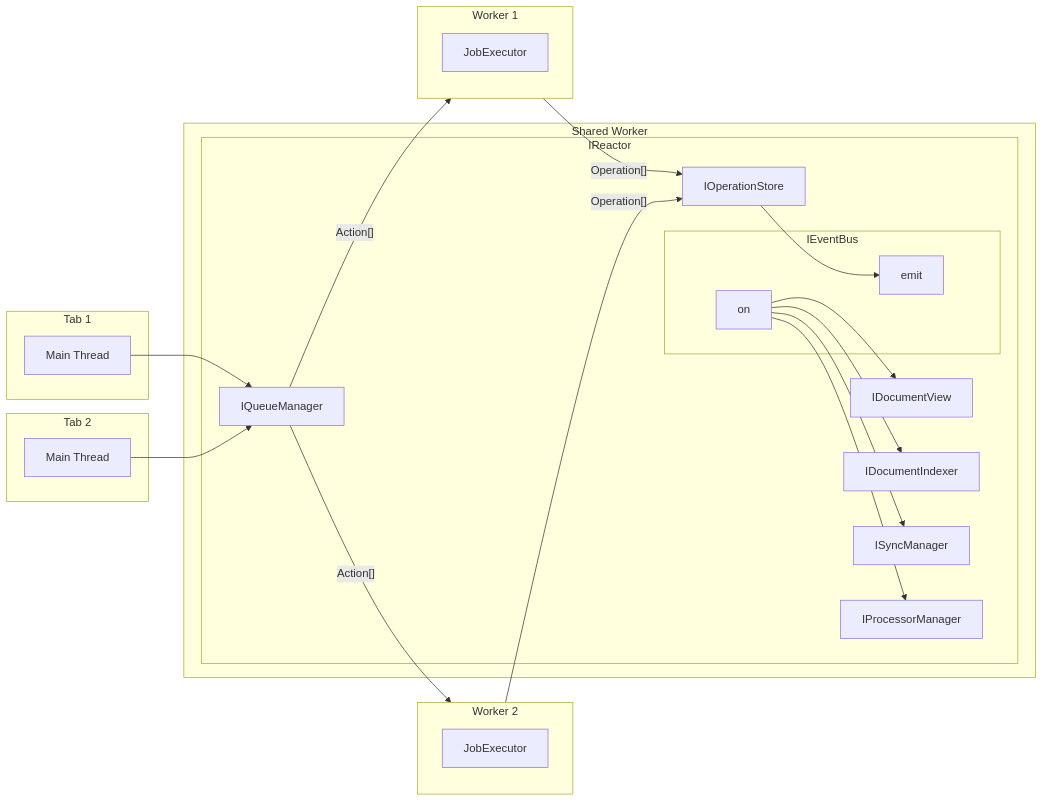
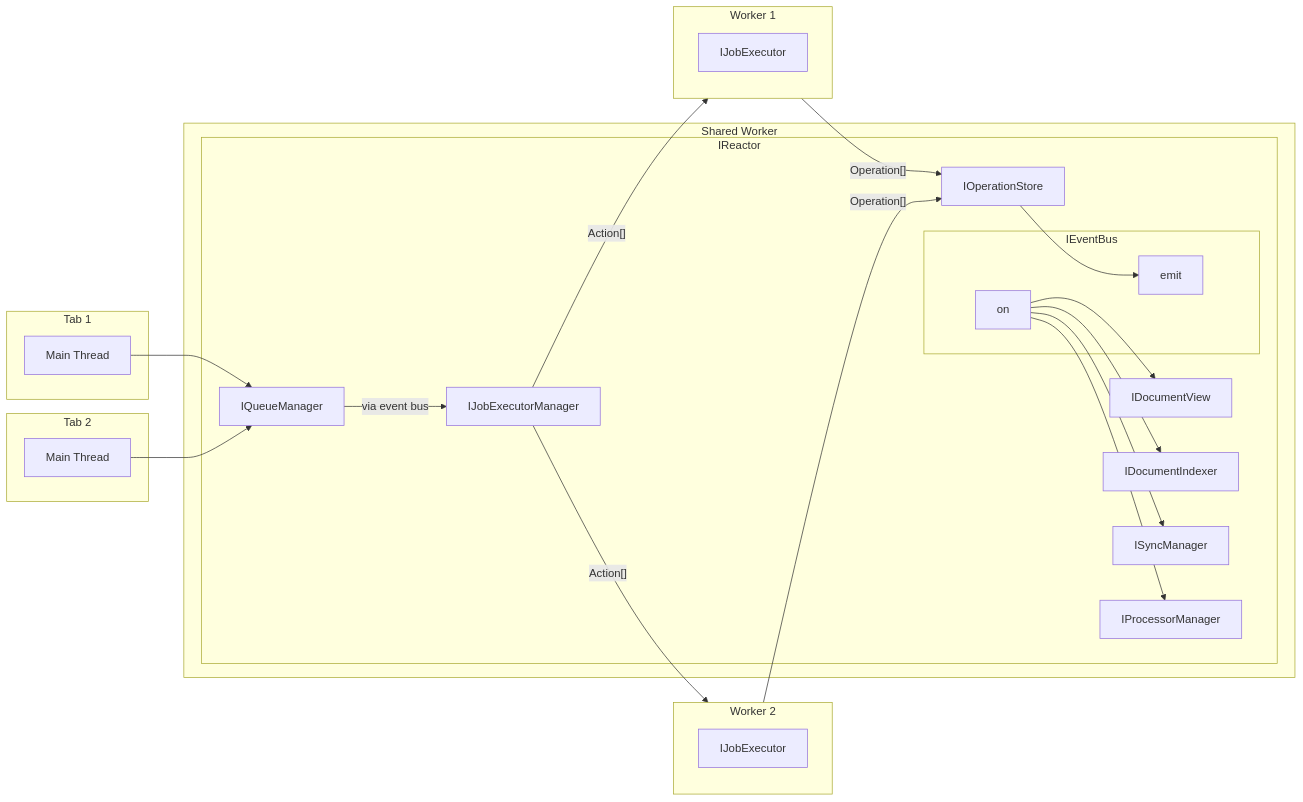
One commit to powerhouse-inc/powerhouse changed the first of 4 diagrams in packages/reactor/docs/planning/Jobs/index.md. Above: the diagram before and after it, drawn with Mermaid. The commit also changed other lines of this file and 1 other file, not shown here.

Commit message:
chore: clean up job execution interfaces

````diff
--- a/packages/reactor/docs/planning/Jobs/index.md
+++ b/packages/reactor/docs/planning/Jobs/index.md
@@ -20,50 +21,52 @@
 ```mermaid
 graph LR
 
   subgraph Tab 1
     MT1["Main Thread"]
   end
 
   subgraph Tab 2
     MT2["Main Thread"]
   end
 
   subgraph Shared Worker
     subgraph IReactor
       IQueueManager
+      IJobExecutorManager
       IOperationStore
       IDocumentView
       IDocumentIndexer
 
+      IQueueManager -->|"via event bus"| IJobExecutorManager
       IOperationStore --> emit
       
       subgraph IEventBus
         emit
         on
       end
 
       on --> IDocumentView
       on --> IDocumentIndexer
       on --> ISyncManager
       on --> IProcessorManager
   
     end
   end
 
   subgraph W1["Worker 1"]
-    J1["JobExecutor"]
+    J1["IJobExecutor"]
   end
 
   subgraph W2["Worker 2"]
-    J2["JobExecutor"]
+    J2["IJobExecutor"]
   end
 
   MT1 --> IQueueManager
   MT2 --> IQueueManager
 
-  IQueueManager -->|"Action[]"| W1
-  IQueueManager -->|"Action[]"| W2
+  IJobExecutorManager -->|"Action[]"| W1
+  IJobExecutorManager -->|"Action[]"| W2
 
   W1 -->|"Operation[]"| IOperationStore
   W2 -->|"Operation[]"| IOperationStore
 ```
````
